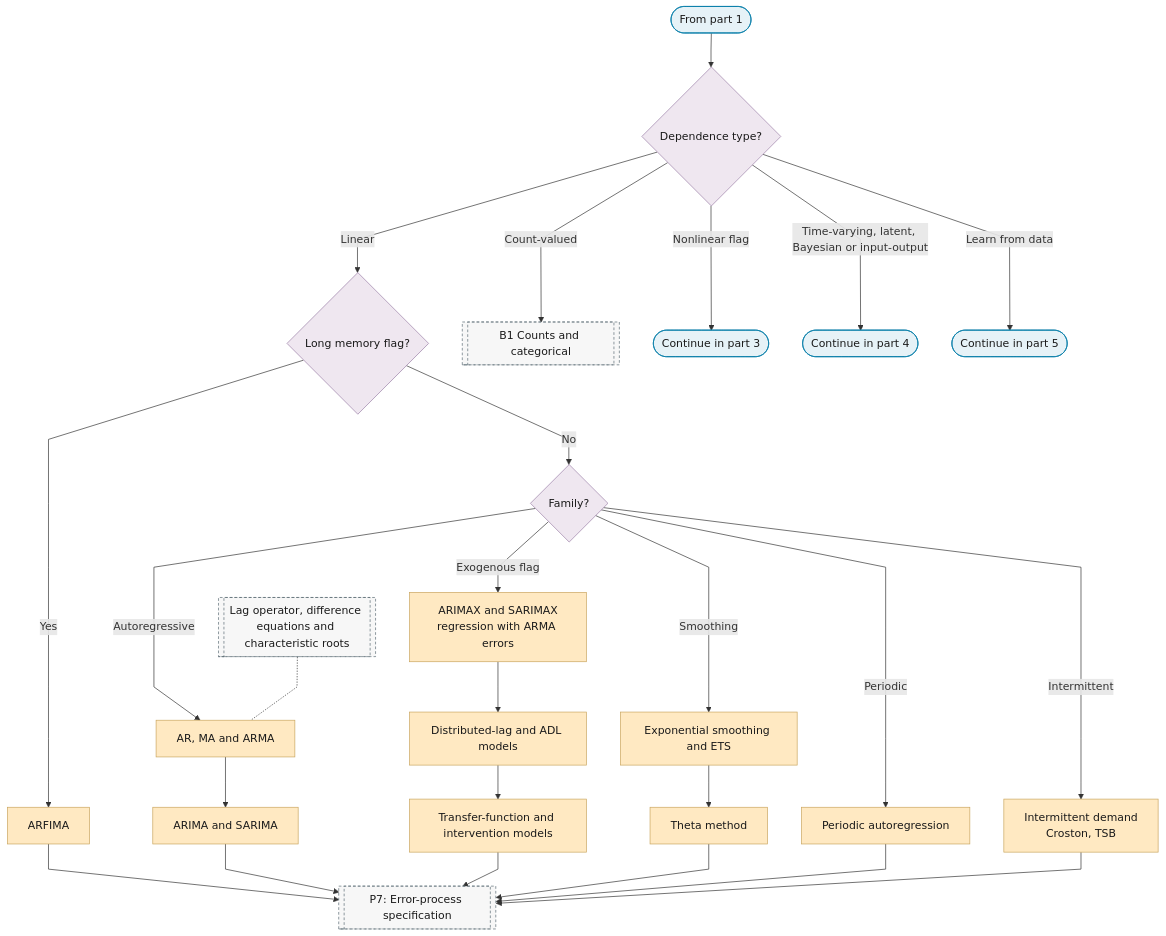
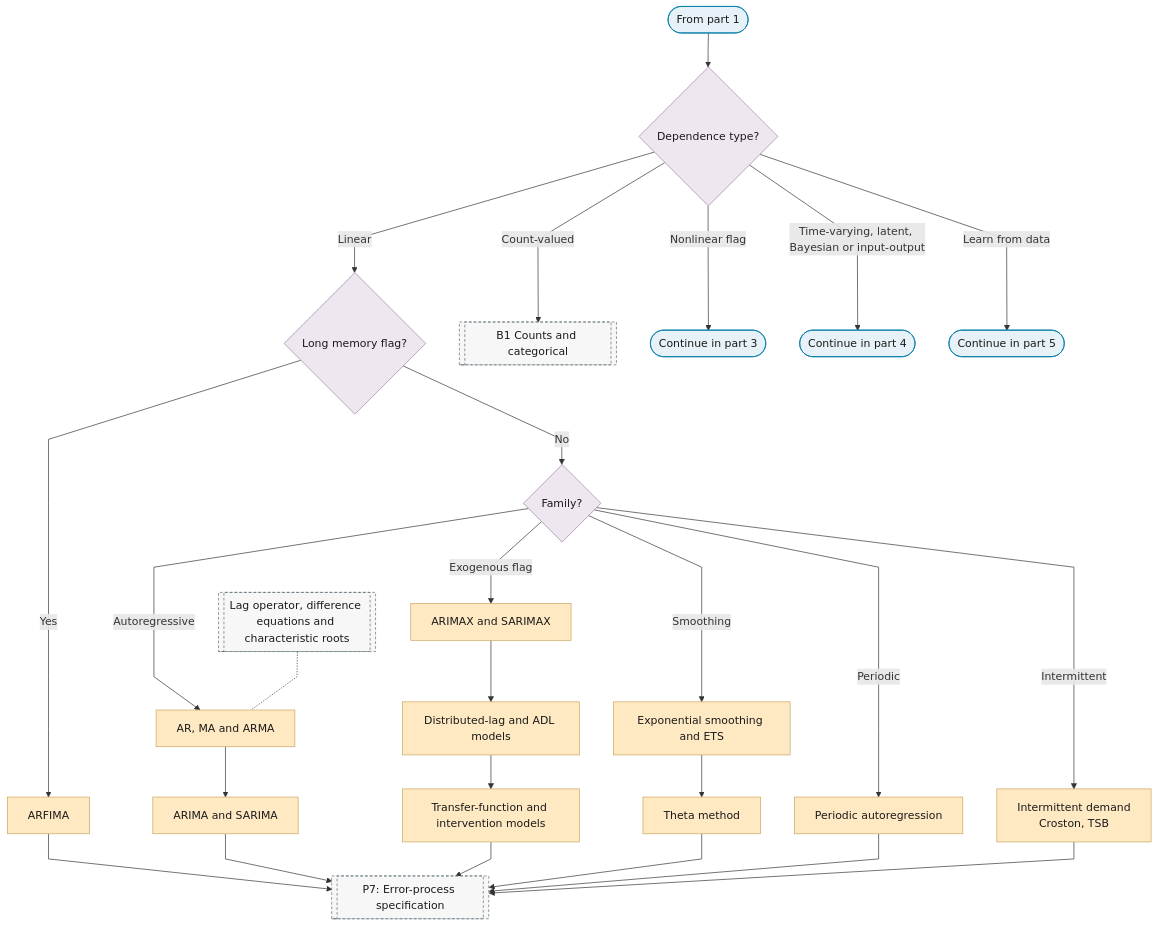
One commit to Shuxin-Y/time-series-analysis-manual changed the second of 6 diagrams in docs/01-workflow/p06-mean-model-class.md. Above: the diagram before and after it, drawn with Mermaid. The commit also changed other lines of this file and 27 other files, not shown here.

First line of the commit message:
fix(flowchart): one method, one leaf

````diff
--- a/docs/01-workflow/p06-mean-model-class.md
+++ b/docs/01-workflow/p06-mean-model-class.md
@@ -52,36 +52,36 @@
 ```mermaid
 %%{init: {"flowchart": {"curve": "linear"}}}%%
 graph TD
     P6_PART_2_IN(["From part 1"]) --> P6_DEPENDENCE{"Dependence type?"}
     P6_DEPENDENCE -->|"Linear"| P6_LINEAR{"Long memory flag?"}
     P6_DEPENDENCE -->|"Count-valued"| B1[["B1 Counts and categorical"]]
     P6_DEPENDENCE -->|"Nonlinear flag"| P6_TO_PART_3(["Continue in part 3"])
     P6_DEPENDENCE -->|"Time-varying, latent, Bayesian or input-output"| P6_TO_PART_4(["Continue in part 4"])
     P6_DEPENDENCE -->|"Learn from data"| P6_TO_PART_5(["Continue in part 5"])
     P6_LINEAR -->|"Yes"| P6_ARFIMA["ARFIMA"]
     P6_LINEAR -->|"No"| P6_LINEAR_FAMILY{"Family?"}
     P6_LINEAR_FAMILY -->|"Autoregressive"| P6_AR_MA_ARMA["AR, MA and ARMA"]
-    P6_LINEAR_FAMILY -->|"Exogenous flag"| P6_ARIMAX["ARIMAX and SARIMAX<br/>regression with ARMA errors"]
+    P6_LINEAR_FAMILY -->|"Exogenous flag"| P6_ARIMAX["ARIMAX and SARIMAX"]
     P6_LINEAR_FAMILY -->|"Smoothing"| P6_ETS["Exponential smoothing and ETS"]
     P6_LINEAR_FAMILY -->|"Periodic"| P6_PERIODIC_AR["Periodic autoregression"]
     P6_LINEAR_FAMILY -->|"Intermittent"| P6_INTERMITTENT["Intermittent demand<br/>Croston, TSB"]
     P6_AR_MA_ARMA --> P6_ARIMA_SARIMA["ARIMA and SARIMA"]
     P6_ARIMAX --> P6_DYNAMIC_REGRESSION["Distributed-lag and ADL models"]
     P6_DYNAMIC_REGRESSION --> P6_TRANSFER_FUNCTION["Transfer-function and intervention models"]
     P6_ETS --> P6_THETA["Theta method"]
     P6_ARFIMA & P6_ARIMA_SARIMA & P6_TRANSFER_FUNCTION --> P7
     P6_THETA & P6_PERIODIC_AR & P6_INTERMITTENT --> P7[["P7: Error-process specification"]]
     F_LAG_OPERATOR[["Lag operator, difference equations and characteristic roots"]] -.- P6_AR_MA_ARMA
     class P6_PART_2_IN,P6_TO_PART_3,P6_TO_PART_4,P6_TO_PART_5 terminator
     class P6_DEPENDENCE,P6_LINEAR,P6_LINEAR_FAMILY decision
     class P6_ARFIMA,P6_AR_MA_ARMA,P6_ARIMAX,P6_ETS,P6_PERIODIC_AR,P6_INTERMITTENT,P6_ARIMA_SARIMA,P6_DYNAMIC_REGRESSION,P6_TRANSFER_FUNCTION,P6_THETA escalate
     class B1,P7,F_LAG_OPERATOR ref
     classDef terminator fill:#E6F2F7,stroke:#007BA7,color:#1A1A1A;
     classDef process fill:#FFFFFF,stroke:#5A6B73,color:#1A1A1A;
     classDef decision fill:#EFE7F0,stroke:#9B7FA7,color:#1A1A1A;
     classDef data fill:#FFF4E0,stroke:#C9A55E,color:#1A1A1A;
     classDef good fill:#DCEFD8,stroke:#4A7A3F,color:#1A1A1A;
     classDef escalate fill:#FFE9C2,stroke:#C9A55E,color:#1A1A1A;
     classDef problem fill:#F2D9DE,stroke:#800020,color:#1A1A1A;
     classDef ref fill:#F7F7F7,stroke:#5A6B73,color:#1A1A1A,stroke-dasharray:4 3;
 ```
````
